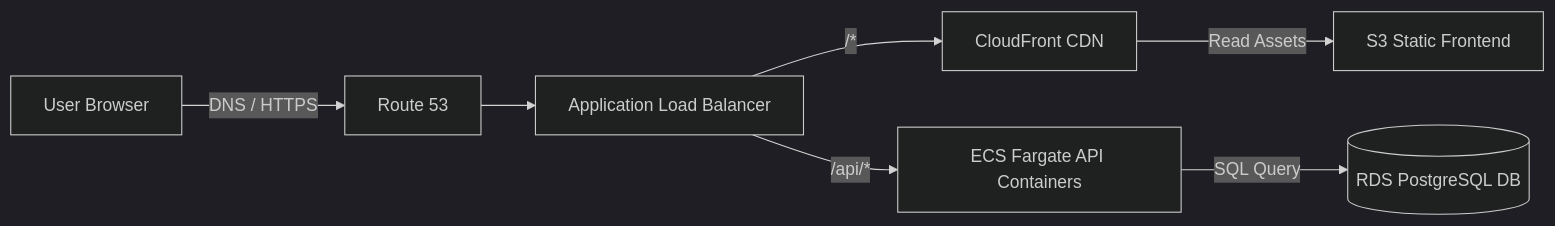
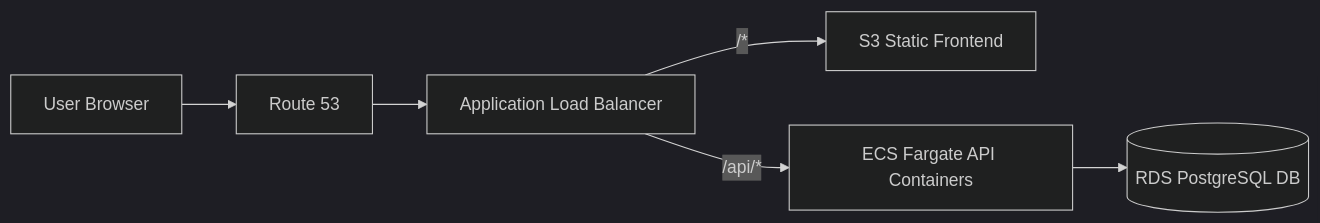
The third of 3 diagrams in README.md (Nishchalpr4/UpTime-Moniter), drawn with Mermaid (dark theme) before and after one commit. The commit also changed other lines of this file, not shown here.

Commit message:
docs: simplify README diagrams and unify AI tool selection details

````diff
--- a/README.md
+++ b/README.md
@@ -136,9 +81,7 @@
 ```mermaid
 graph LR
-    User[User Browser] -->|DNS / HTTPS| Route53[Route 53]
-    Route53 --> ALB[Application Load Balancer]
-    ALB -->|/*| CloudFront[CloudFront CDN]
-    CloudFront -->|Read Assets| S3[S3 Static Frontend]
+    Browser[User Browser] --> Route53[Route 53] --> ALB[Application Load Balancer]
+    ALB -->|/*| S3[S3 Static Frontend]
     ALB -->|/api/*| ECS[ECS Fargate API Containers]
-    ECS -->|SQL Query| RDS[(RDS PostgreSQL DB)]
+    ECS --> RDS[(RDS PostgreSQL DB)]
 ```
````
